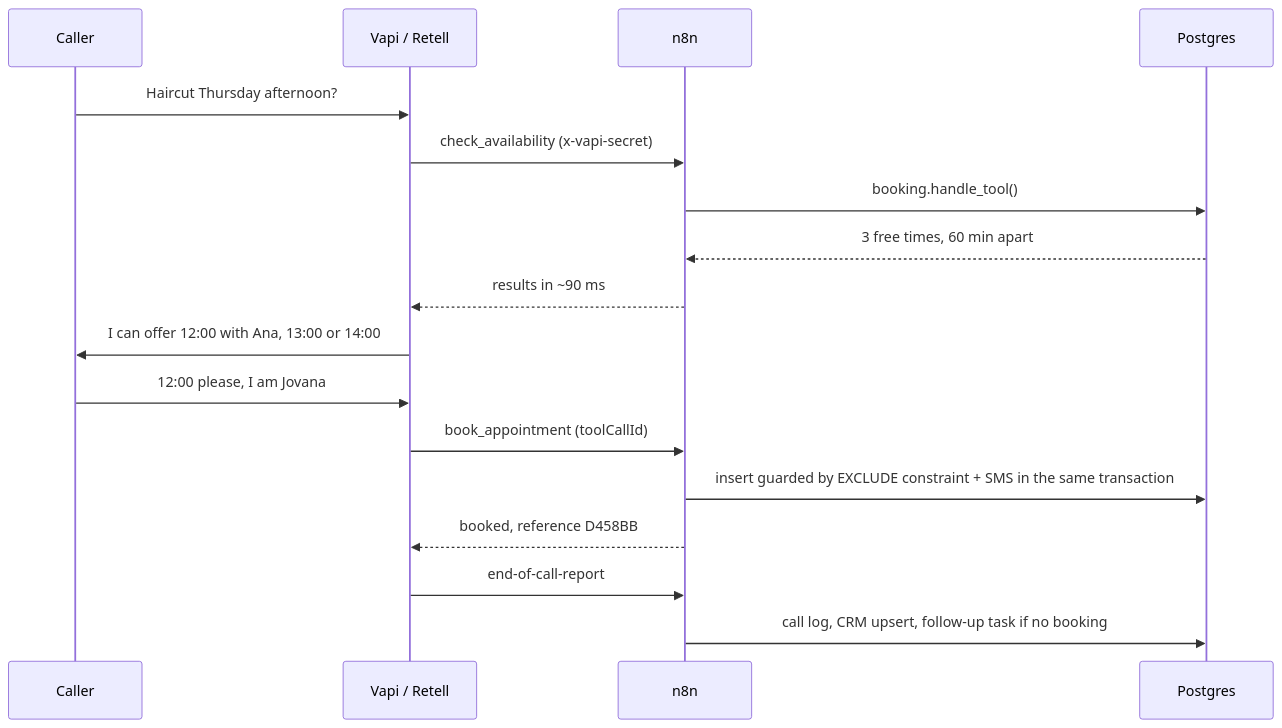
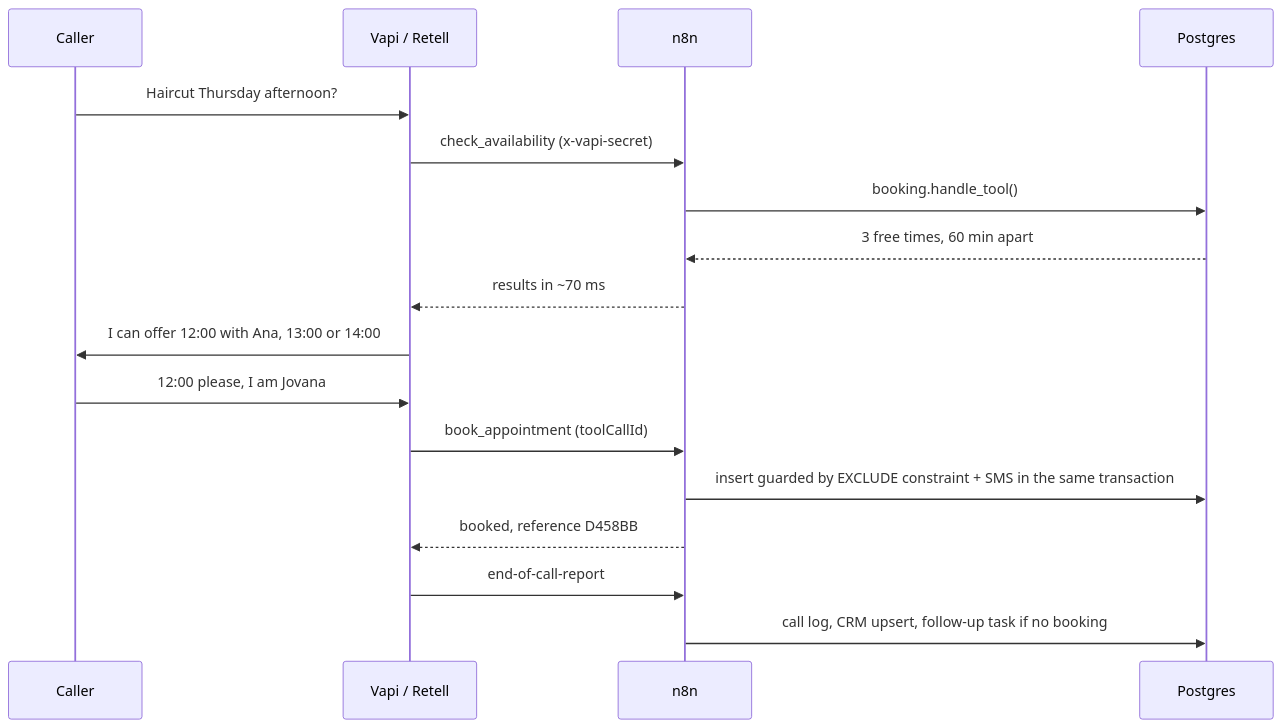
The second of 5 diagrams in README.md (nikolaRadosavljevic95/n8n-portfolio), drawn with Mermaid before and after one commit. The commit also changed other lines of this file and 2 other files, not shown here.

````diff
--- a/README.md
+++ b/README.md
@@ -105,19 +105,19 @@
 ```mermaid
 sequenceDiagram
   participant C as Caller
   participant V as Vapi / Retell
   participant N as n8n
   participant DB as Postgres
   C->>V: Haircut Thursday afternoon?
   V->>N: check_availability (x-vapi-secret)
   N->>DB: booking.handle_tool()
   DB-->>N: 3 free times, 60 min apart
-  N-->>V: results in ~90 ms
+  N-->>V: results in ~70 ms
   V->>C: I can offer 12:00 with Ana, 13:00 or 14:00
   C->>V: 12:00 please, I am Jovana
   V->>N: book_appointment (toolCallId)
   N->>DB: insert guarded by EXCLUDE constraint + SMS in the same transaction
   N-->>V: booked, reference D458BB
   V->>N: end-of-call-report
   N->>DB: call log, CRM upsert, follow-up task if no booking
 ```
````
